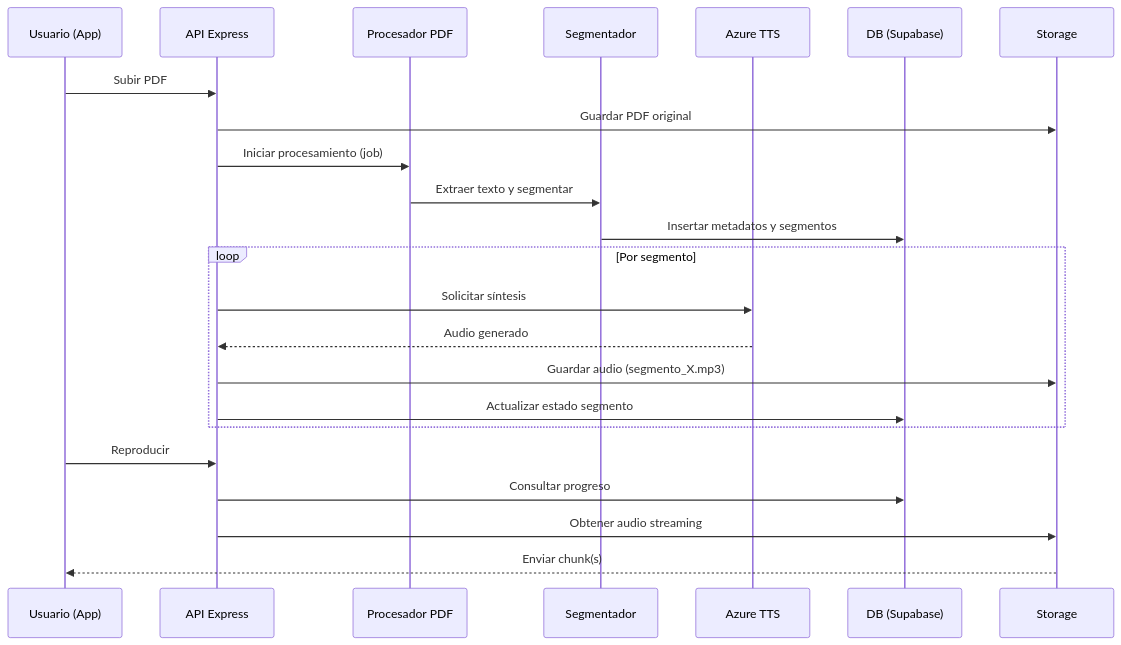
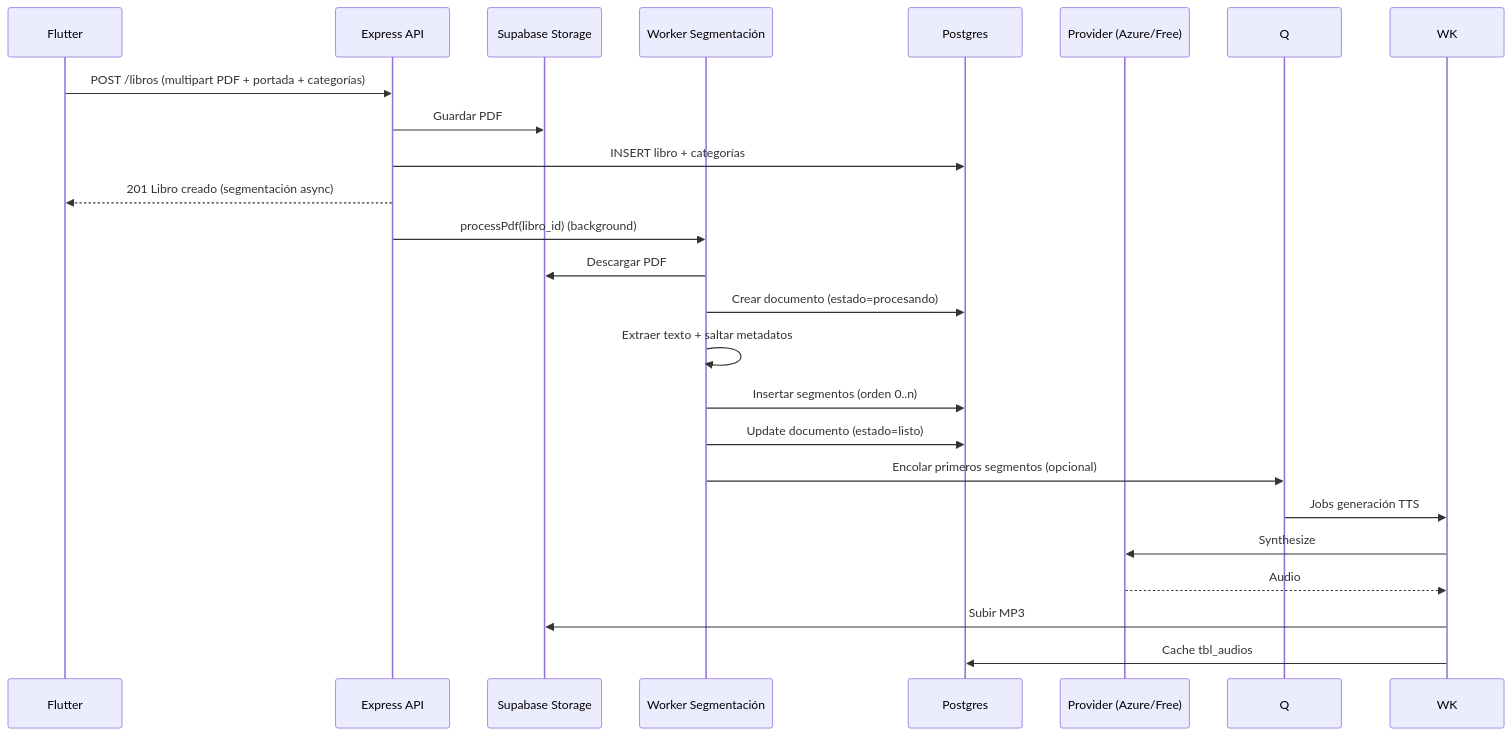
Before and after one commit to spalacioc05/Loom: the second of 7 diagrams in README.md, drawn with Mermaid. The commit also changed other lines of this file, not shown here.

First line of the commit message:
Expand and update README with architecture and features

````diff
--- a/README.md
+++ b/README.md
@@ -109,26 +116,26 @@
 ```mermaid
 sequenceDiagram
-  participant U as Usuario (App)
-  participant A as API Express
-  participant P as Procesador PDF
-  participant S as Segmentador
-  participant T as Azure TTS
-  participant D as DB (Supabase)
-  participant ST as Storage
+  participant F as Flutter
+  participant E as Express API
+  participant ST as Supabase Storage
+  participant SEG as Worker Segmentación
+  participant DB as Postgres
+  participant TTS as Provider (Azure/Free)
 
-  U->>A: Subir PDF
-  A->>ST: Guardar PDF original
-  A->>P: Iniciar procesamiento (job)
-  P->>S: Extraer texto y segmentar
-  S->>D: Insertar metadatos y segmentos
-  loop Por segmento
-    A->>T: Solicitar síntesis
-    T-->>A: Audio generado
-    A->>ST: Guardar audio (segmento_X.mp3)
-    A->>D: Actualizar estado segmento
-  end
-  U->>A: Reproducir
-  A->>D: Consultar progreso
-  A->>ST: Obtener audio streaming
-  ST-->>U: Enviar chunk(s)
+  F->>E: POST /libros (multipart PDF + portada + categorías)
+  E->>ST: Guardar PDF
+  E->>DB: INSERT libro + categorías
+  E-->>F: 201 Libro creado (segmentación async)
+  E->>SEG: processPdf(libro_id) (background)
+  SEG->>ST: Descargar PDF
+  SEG->>DB: Crear documento (estado=procesando)
+  SEG->>SEG: Extraer texto + saltar metadatos
+  SEG->>DB: Insertar segmentos (orden 0..n)
+  SEG->>DB: Update documento (estado=listo)
+  SEG->>Q: Encolar primeros segmentos (opcional)
+  Q->>WK: Jobs generación TTS
+  WK->>TTS: Synthesize
+  TTS-->>WK: Audio
+  WK->>ST: Subir MP3
+  WK->>DB: Cache tbl_audios
 ```
````
